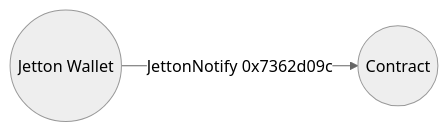
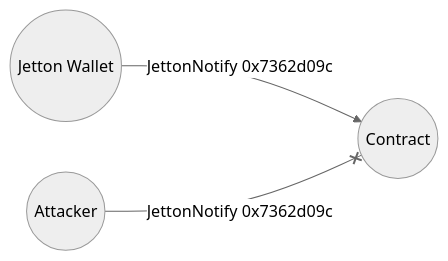
Before and after one commit to ton-org/docs: the first of 4 diagrams in contract-dev/techniques/on-chain-jetton-processing.mdx, drawn with Mermaid (neutral theme). The commit also changed other lines of this file, not shown here.

Commit message:
feat(contract-dev): edit jetton processing guide to fit style guide.

````diff
--- a/contract-dev/techniques/on-chain-jetton-processing.mdx
+++ b/contract-dev/techniques/on-chain-jetton-processing.mdx
@@ -14,4 +14,5 @@
 ```mermaid
 graph LR
 A((Jetton Wallet)) -->|JettonNotify 0x7362d09c| B((Contract))
+C((Attacker)) --x|JettonNotify 0x7362d09c| B((Contract))
 ```
````
